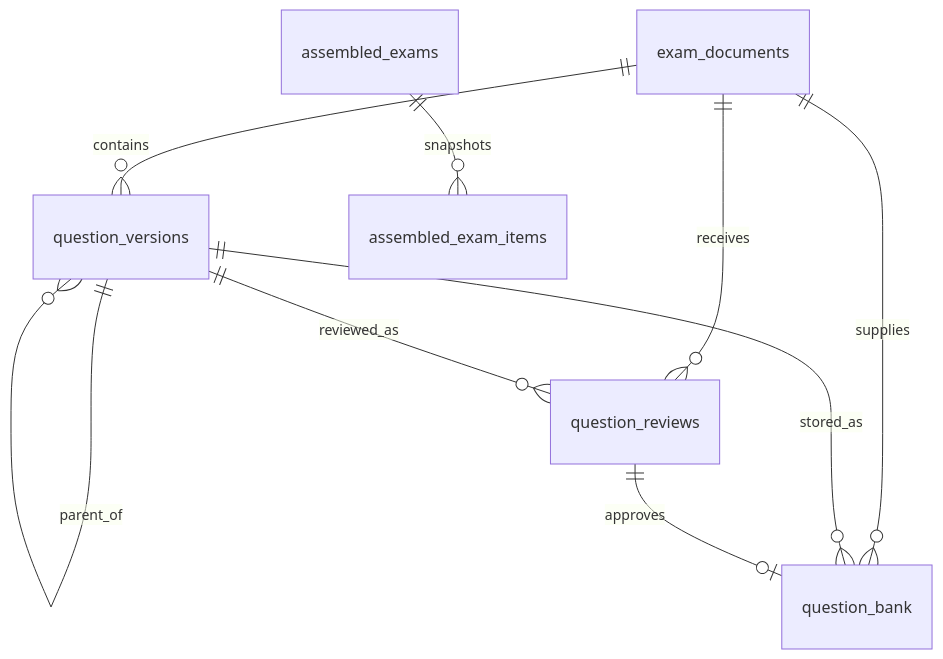
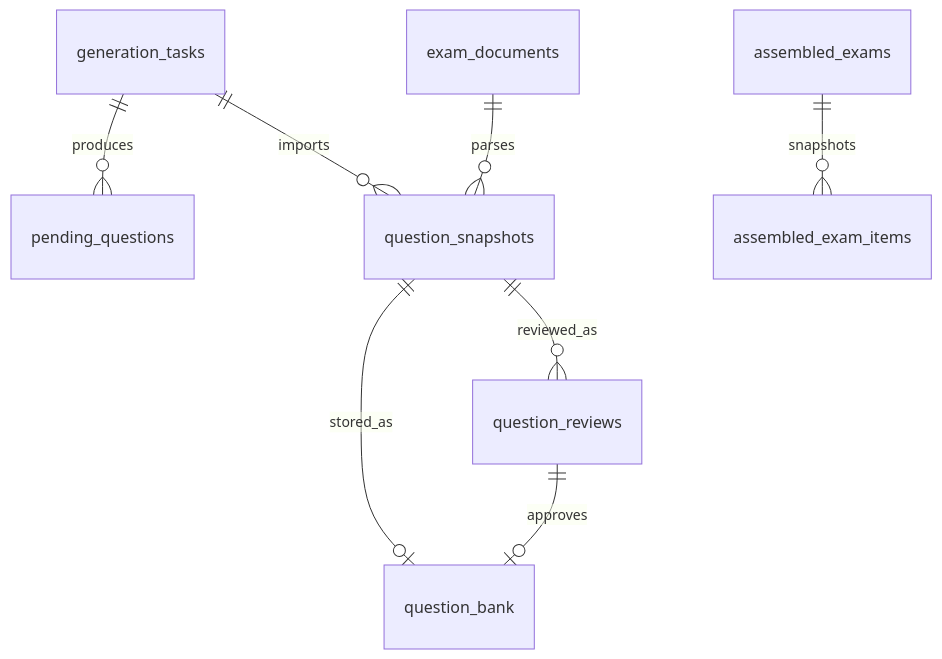
Before and after one commit to HenryZhu123/Qodex: the diagram in pi-coding-agent/services/exam-checker/DATABASE.zh-CN.md, drawn with Mermaid. The commit also changed other lines of this file and 54 other files, not shown here.

Commit message:
feat: unify generated question review versions

````diff
--- a/pi-coding-agent/services/exam-checker/DATABASE.zh-CN.md
+++ b/pi-coding-agent/services/exam-checker/DATABASE.zh-CN.md
@@ -156,11 +156,10 @@
 ```mermaid
 erDiagram
-    exam_documents ||--o{ question_versions : contains
-    exam_documents ||--o{ question_reviews : receives
-    exam_documents ||--o{ question_bank : supplies
-    question_versions ||--o{ question_versions : parent_of
-    question_versions ||--o{ question_reviews : reviewed_as
-    question_versions ||--o{ question_bank : stored_as
+    generation_tasks ||--o{ pending_questions : produces
+    generation_tasks ||--o{ question_snapshots : imports
+    exam_documents ||--o{ question_snapshots : parses
+    question_snapshots ||--o{ question_reviews : reviewed_as
+    question_snapshots ||--o| question_bank : stored_as
     question_reviews ||--o| question_bank : approves
     assembled_exams ||--o{ assembled_exam_items : snapshots
 ```
````
